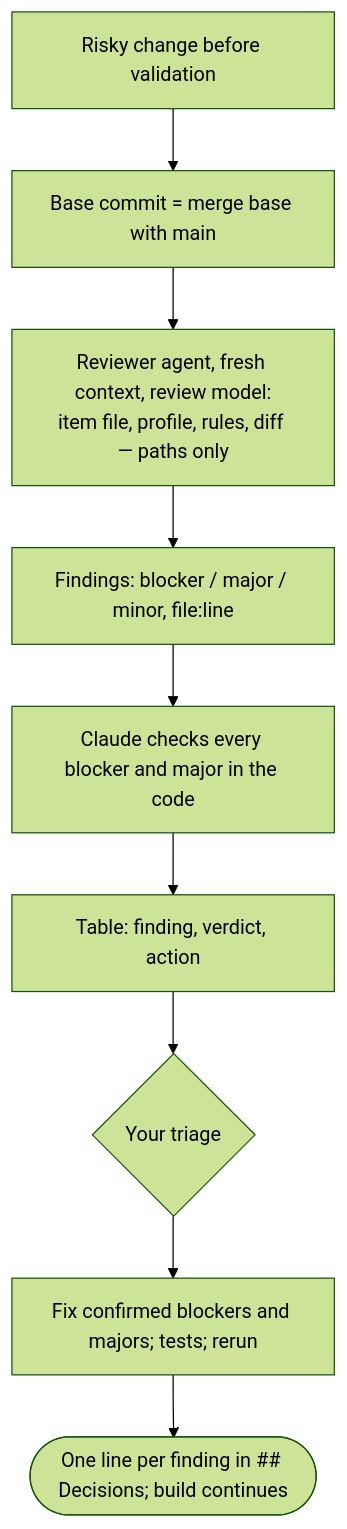
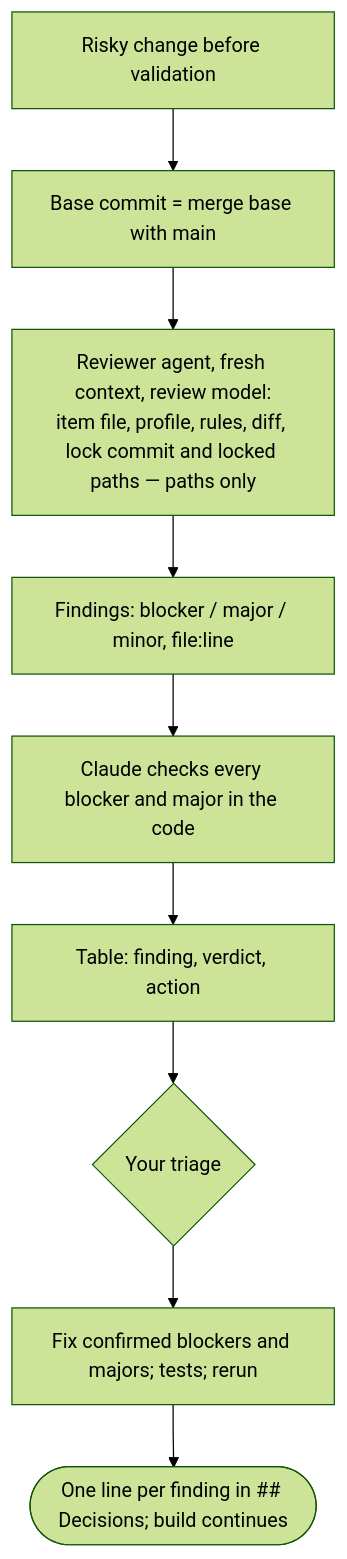
One commit to alexcanario/simulab changed the tenth of 21 diagrams in docs/agile/workflow.md. Above: the diagram before and after it, drawn with Mermaid (forest theme). The commit also changed other lines of this file and 8 other files, not shown here.

````diff
--- a/docs/agile/workflow.md
+++ b/docs/agile/workflow.md
@@ -887,11 +890,11 @@
 ```mermaid
 flowchart TD
     A["Risky change before validation"] --> B["Base commit = merge base with main"]
-    B --> C["Reviewer agent, fresh context, review model:<br/>item file, profile, rules, diff — paths only"]
+    B --> C["Reviewer agent, fresh context, review model:<br/>item file, profile, rules, diff, lock commit and locked paths — paths only"]
     C --> D["Findings: blocker / major / minor, file:line"]
     D --> E["Claude checks every blocker and major in the code"]
     E --> F["Table: finding, verdict, action"]
     F --> G{"Your triage"}
     G --> H["Fix confirmed blockers and majors; tests; rerun"]
     H --> I(["One line per finding in ## Decisions; build continues"])
 ```
````
